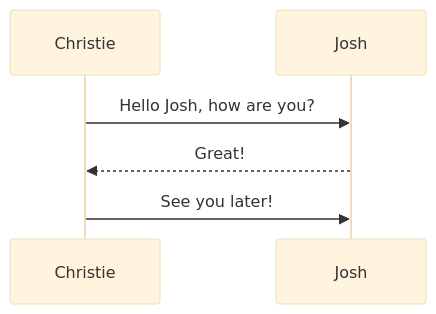
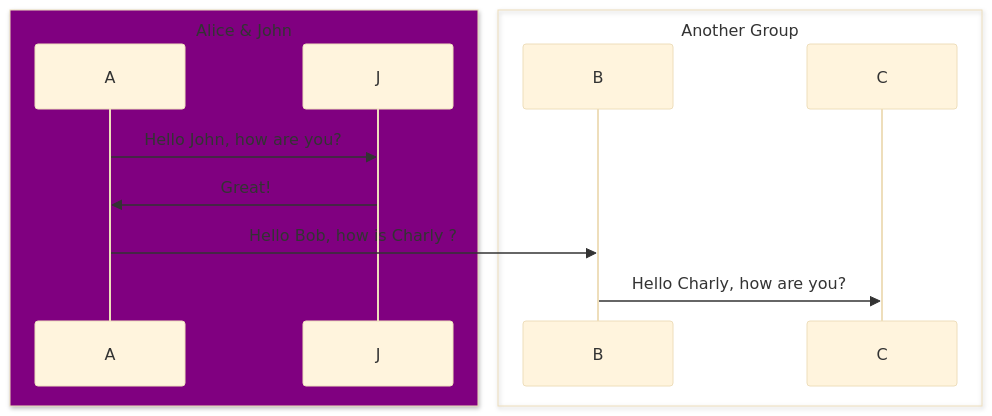
The first of 2 diagrams in readme.md (quangminhit1102/golang-project), drawn with Mermaid (base theme) before and after one commit. The commit also changed other lines of this file, not shown here.

````diff
--- a/readme.md
+++ b/readme.md
@@ -17,6 +17,15 @@
-::: mermaid
+ ``` mermaid
 sequenceDiagram
-Christie->>Josh: Hello Josh, how are you?
-Josh-->>Christie: Great!
-Christie->>Josh: See you later!
-:::
+    box Purple Alice & John
+    participant A
+    participant J
+    end
+    box Another Group
+    participant B
+    participant C
+    end
+    A->>J: Hello John, how are you?
+    J->>A: Great!
+    A->>B: Hello Bob, how is Charly ?
+    B->>C: Hello Charly, how are you?
+```
````
